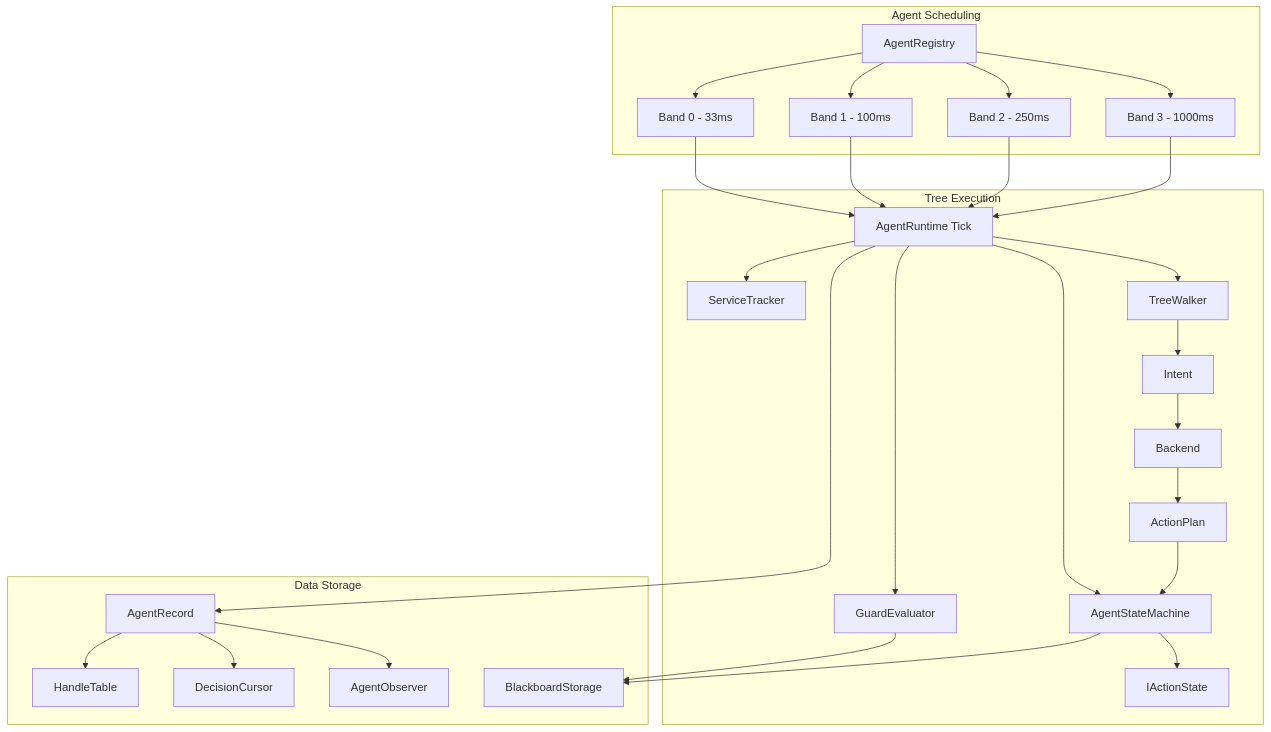
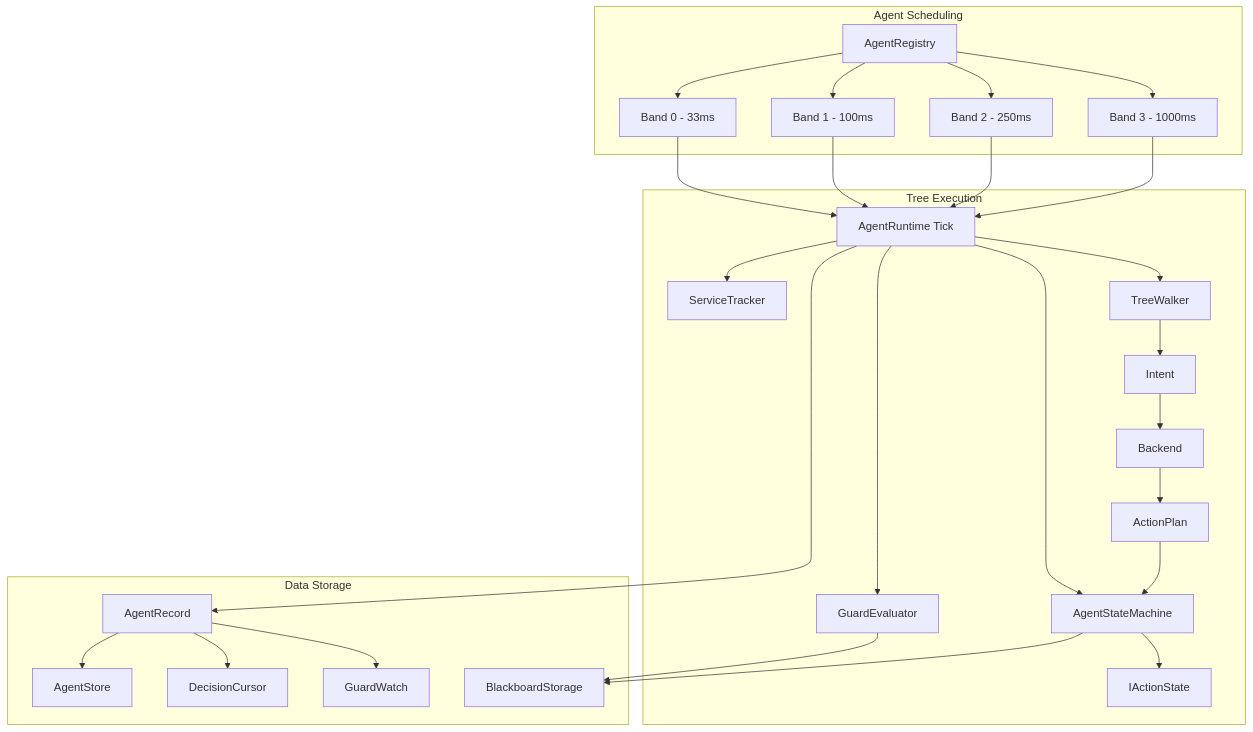
One commit to jabbadablack/G.O.A.T changed the first of 4 diagrams in Docs/00 - Theory/Performance Model.md. Above: the diagram before and after it, drawn with Mermaid. The commit also changed other lines of this file and 44 other files, not shown here.

````diff
--- a/Docs/00 - Theory/Performance Model.md
+++ b/Docs/00 - Theory/Performance Model.md
@@ -23,34 +23,34 @@
 ```mermaid
 graph TD
     subgraph Scheduling[Agent Scheduling]
         A[AgentRegistry] --> B[Band 0 - 33ms]
         A --> C[Band 1 - 100ms]
         A --> D[Band 2 - 250ms]
         A --> E[Band 3 - 1000ms]
     end
 
     subgraph Execution[Tree Execution]
         B --> F[AgentRuntime Tick]
         C --> F
         D --> F
         E --> F
         F --> G[GuardEvaluator]
         F --> H[ServiceTracker]
         F --> I[AgentStateMachine]
         I --> J[IActionState]
         F --> K[TreeWalker]
         K --> L[Intent]
         L --> M[Backend]
         M --> N[ActionPlan]
         N --> I
     end
 
     subgraph Storage[Data Storage]
         F --> O[AgentRecord]
-        O --> P[HandleTable]
+        O --> P[AgentStore]
         O --> Q[DecisionCursor]
-        O --> R[AgentObserver]
+        O --> R[GuardWatch]
         G --> S[BlackboardStorage]
         I --> S
     end
 ```
````
